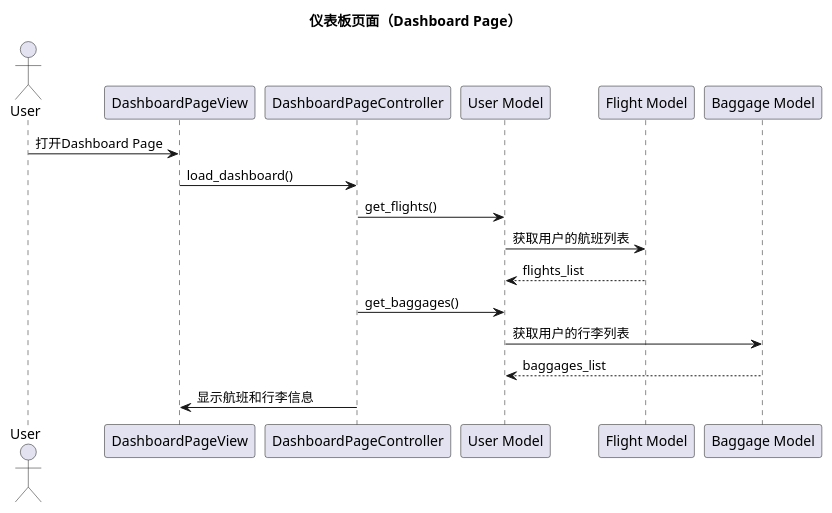
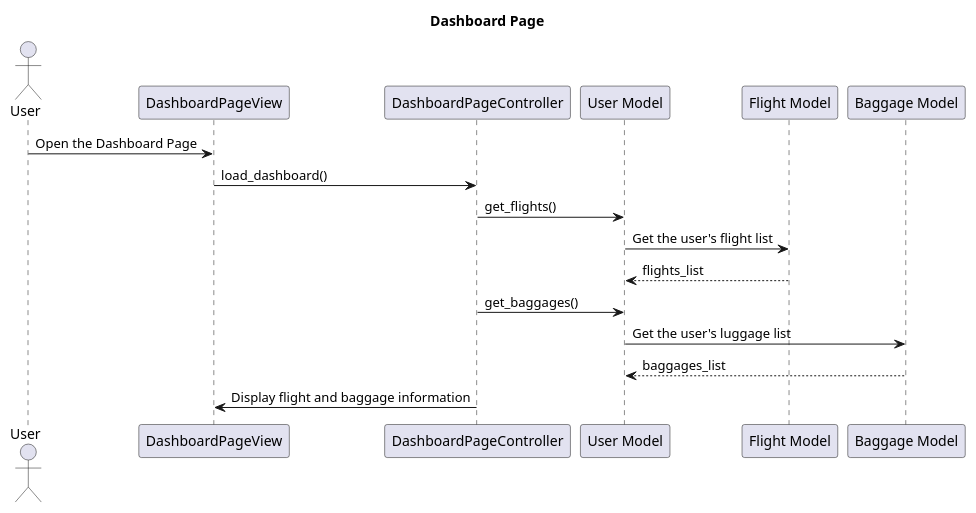
One commit to violeteye1234/group23_COMPS350F changed the fourth of 16 diagrams in planning/class_diagrams.md. Above: the diagram before and after it, drawn with PlantUML. The commit also changed other lines of this file, not shown here.

````diff
--- a/planning/class_diagrams.md
+++ b/planning/class_diagrams.md
@@ -170,22 +170,22 @@
 ```plantuml
 @startuml
-title 仪表板页面（Dashboard Page）
+title Dashboard Page
 
 actor User
 participant "DashboardPageView" as View
 participant "DashboardPageController" as Controller
 participant "User Model" as UserModel
 participant "Flight Model" as FlightModel
 participant "Baggage Model" as BaggageModel
 
-User -> View: 打开Dashboard Page
+User -> View: Open the Dashboard Page
 View -> Controller: load_dashboard()
 Controller -> UserModel: get_flights()
-UserModel -> FlightModel: 获取用户的航班列表
+UserModel -> FlightModel: Get the user's flight list
 FlightModel --> UserModel: flights_list
 Controller -> UserModel: get_baggages()
-UserModel -> BaggageModel: 获取用户的行李列表
+UserModel -> BaggageModel: Get the user's luggage list
 BaggageModel --> UserModel: baggages_list
-Controller -> View: 显示航班和行李信息
+Controller -> View: Display flight and baggage information
 @enduml
 ```
````
